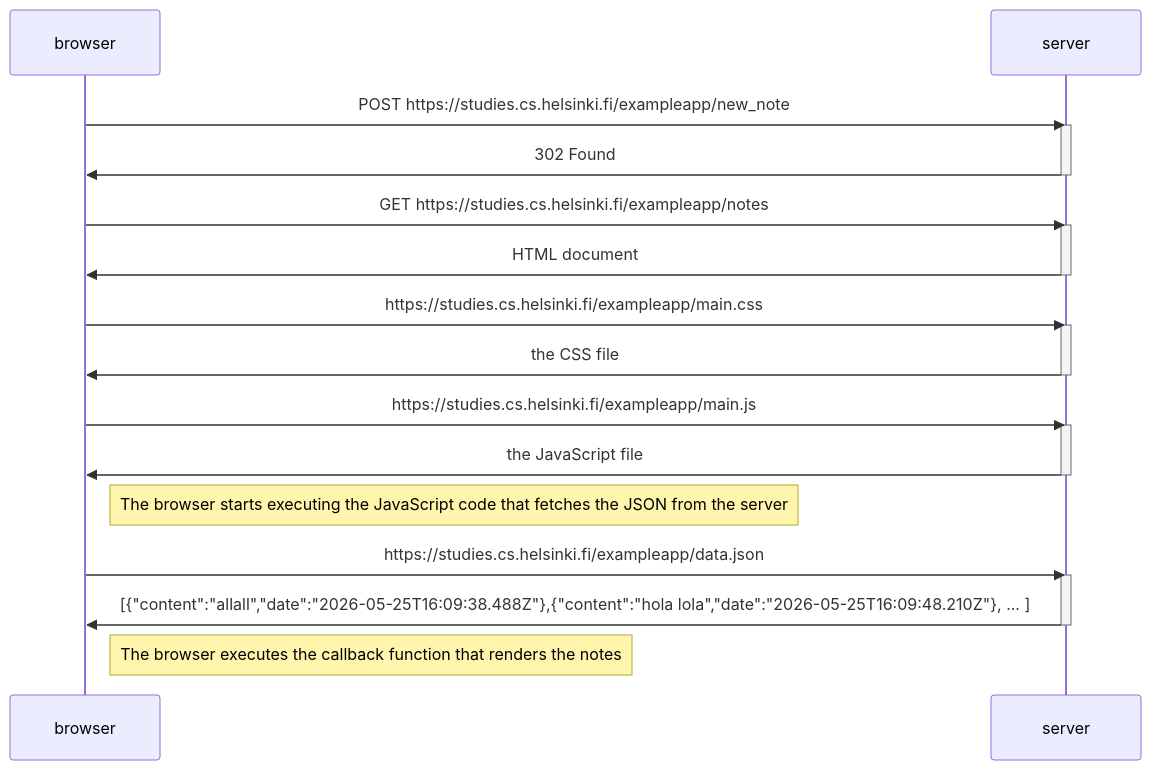
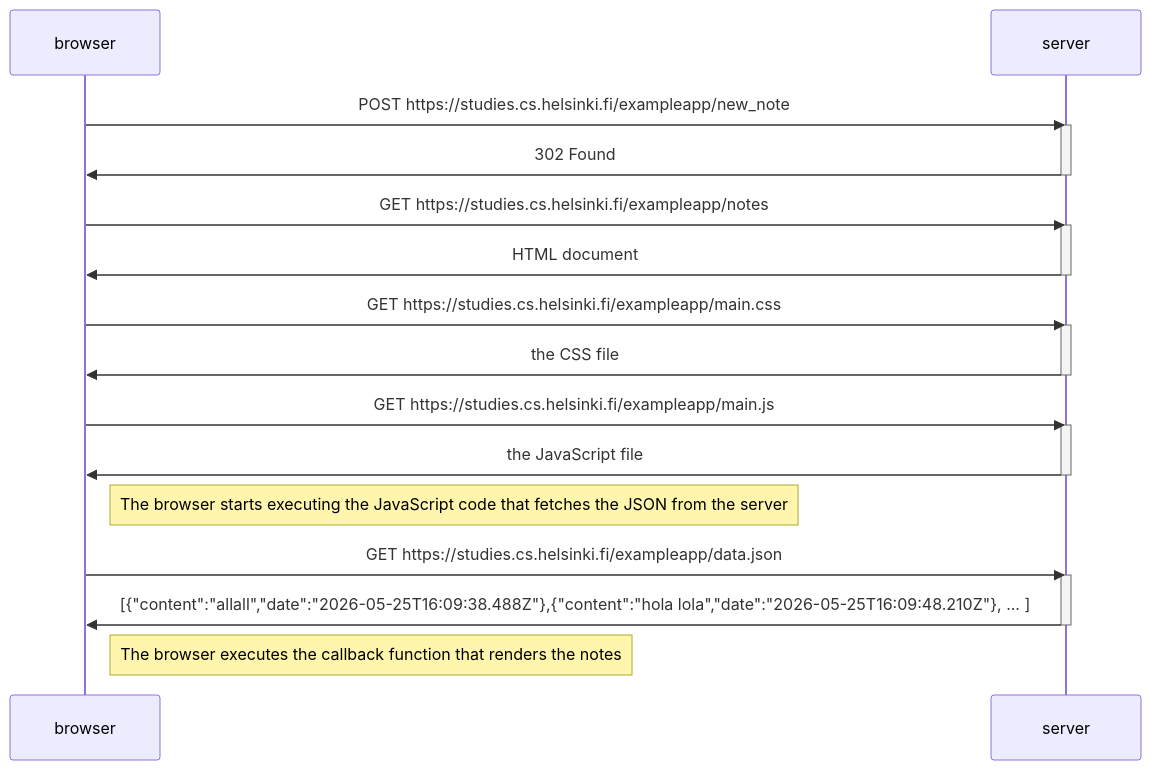
One commit to DRmadebot/mySubmissions changed the diagram in Exercise0.4.md. Above: the diagram before and after it, drawn with Mermaid.

````diff
--- a/Exercise0.4.md
+++ b/Exercise0.4.md
@@ -1,33 +1,33 @@
 ```mermaid
 sequenceDiagram
   participant browser
   participant server
 browser->>server: POST https://studies.cs.helsinki.fi/exampleapp/new_note
 activate server
 server->>browser: 302 Found
 deactivate server
 
 browser->>server: GET https://studies.cs.helsinki.fi/exampleapp/notes
 activate server
 server->>browser: HTML document
 deactivate server
 
-browser->>server: https://studies.cs.helsinki.fi/exampleapp/main.css
+browser->>server: GET https://studies.cs.helsinki.fi/exampleapp/main.css
 activate server
 server->>browser: the CSS file
 deactivate server
 
-browser->>server: https://studies.cs.helsinki.fi/exampleapp/main.js
+browser->>server: GET https://studies.cs.helsinki.fi/exampleapp/main.js
 activate server
 server->>browser: the JavaScript file
 deactivate server
 
 Note right of browser: The browser starts executing the JavaScript code that fetches the JSON from the server
 
-browser->>server: https://studies.cs.helsinki.fi/exampleapp/data.json
+browser->>server: GET https://studies.cs.helsinki.fi/exampleapp/data.json
 activate server
 server->>browser: [{"content":"allall","date":"2026-05-25T16:09:38.488Z"},{"content":"hola lola","date":"2026-05-25T16:09:48.210Z"}, ... ] 
 deactivate server
 
 Note right of browser: The browser executes the callback function that renders the notes
 ```
````
